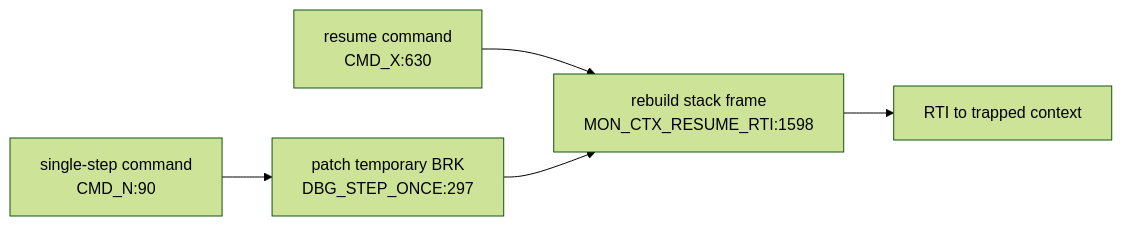
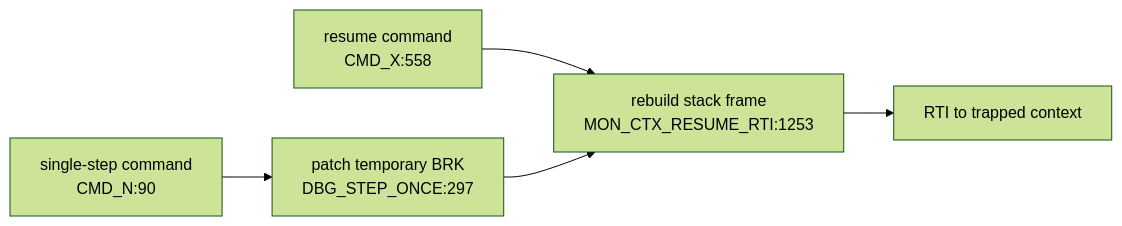
One commit to 95westus/R-YORS changed the sixth of 6 diagrams in DOC/GENERATED/INTERRUPT_VECTOR_MAP.md. Above: the diagram before and after it, drawn with Mermaid (forest theme). The commit also changed other lines of this file and 243 other files, not shown here.

````diff
--- a/DOC/GENERATED/INTERRUPT_VECTOR_MAP.md
+++ b/DOC/GENERATED/INTERRUPT_VECTOR_MAP.md
@@ -92,7 +92,7 @@
 ```mermaid
 flowchart LR
-    CMDX["resume command<br/>CMD_X:630"] --> RESUME["rebuild stack frame<br/>MON_CTX_RESUME_RTI:1598"]
+    CMDX["resume command<br/>CMD_X:558"] --> RESUME["rebuild stack frame<br/>MON_CTX_RESUME_RTI:1253"]
     CMDN["single-step command<br/>CMD_N:90"] --> STEP["patch temporary BRK<br/>DBG_STEP_ONCE:297"]
     STEP --> RESUME
     RESUME --> RTIRES["RTI to trapped context"]
 ```
````
